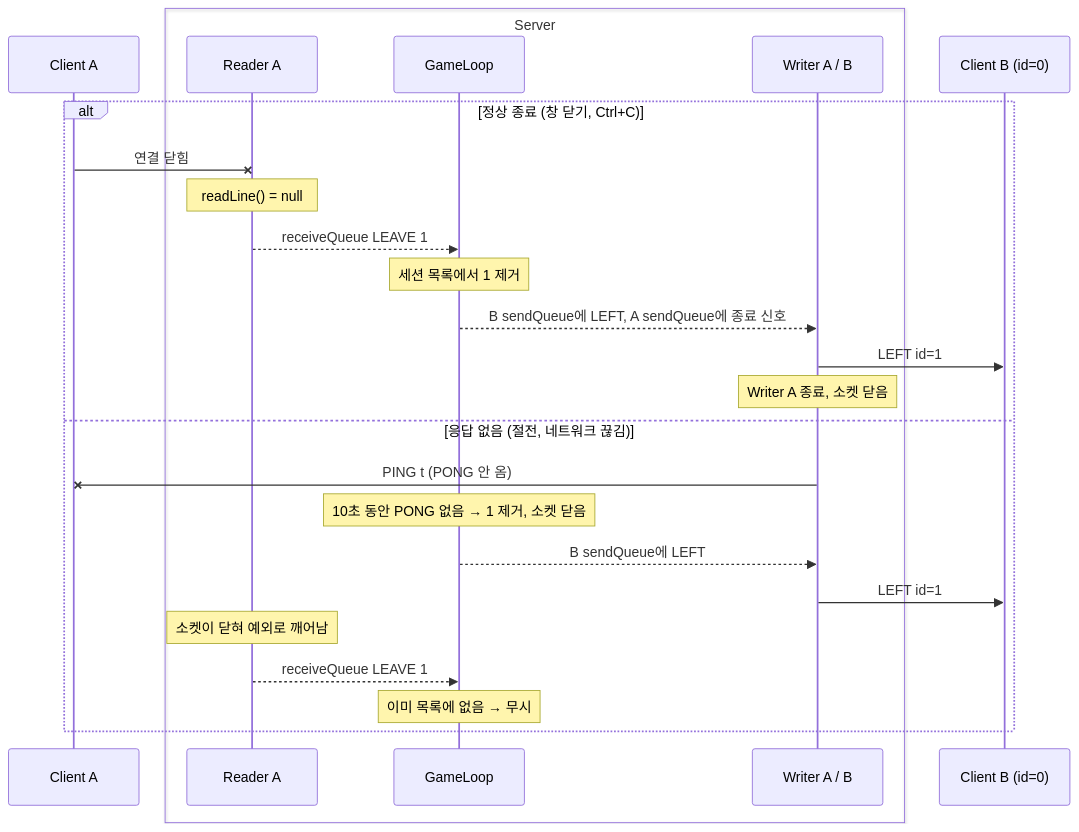
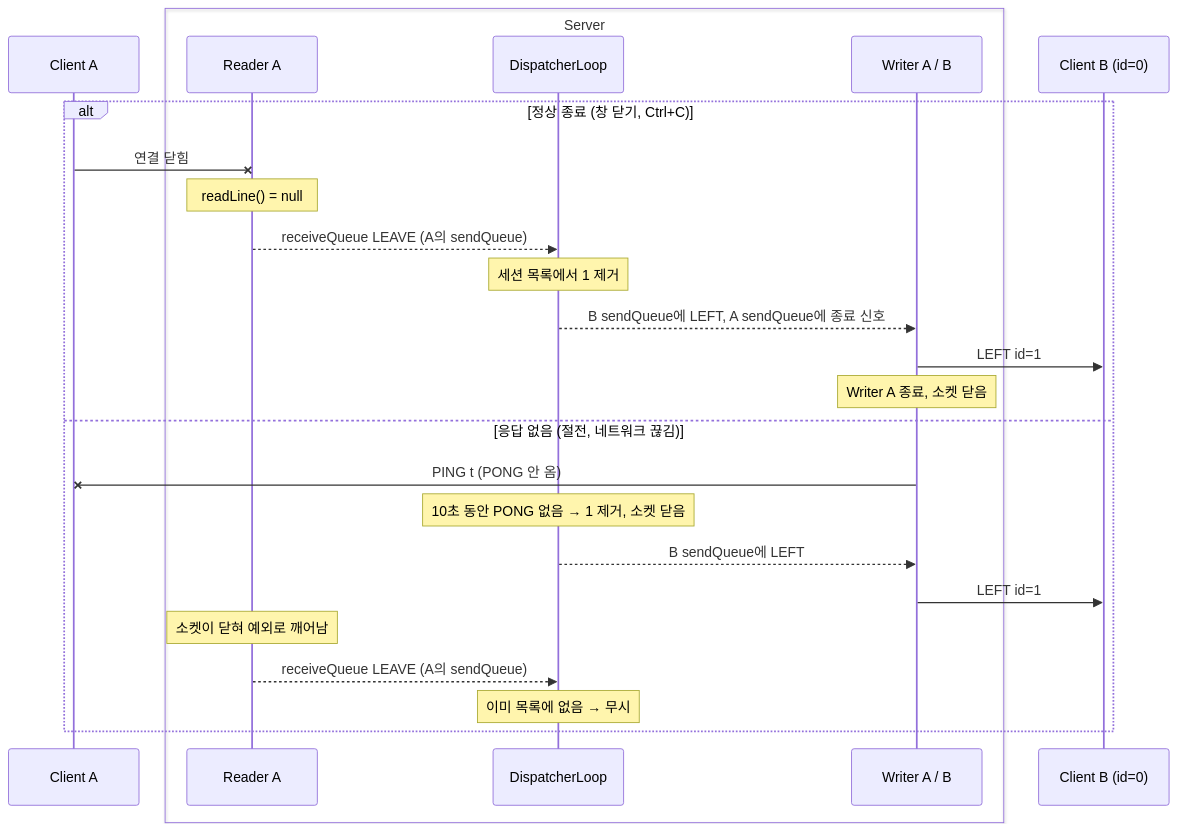
Before and after one commit to networkMinigame/minigame: the second of 2 diagrams in docs/thread-diagram/v1/protocol.md, drawn with Mermaid. The commit also changed other lines of this file and 14 other files, not shown here.

````diff
--- a/docs/thread-diagram/v1/protocol.md
+++ b/docs/thread-diagram/v1/protocol.md
@@ -49,28 +51,28 @@
 ```mermaid
 sequenceDiagram
     participant A as Client A
     box Server
         participant RA as Reader A
-        participant GL as GameLoop
+        participant GL as DispatcherLoop
         participant SQ as Writer A / B
     end
     participant B as Client B (id=0)
 
     alt 정상 종료 (창 닫기, Ctrl+C)
         A-xRA: 연결 닫힘
         Note over RA: readLine() = null
-        RA-->>GL: receiveQueue LEAVE 1
+        RA-->>GL: receiveQueue LEAVE (A의 sendQueue)
         Note over GL: 세션 목록에서 1 제거
         GL-->>SQ: B sendQueue에 LEFT, A sendQueue에 종료 신호
         SQ->>B: LEFT id=1
         Note over SQ: Writer A 종료, 소켓 닫음
     else 응답 없음 (절전, 네트워크 끊김)
         SQ-xA: PING t (PONG 안 옴)
         Note over GL: 10초 동안 PONG 없음 → 1 제거, 소켓 닫음
         GL-->>SQ: B sendQueue에 LEFT
         SQ->>B: LEFT id=1
         Note over RA: 소켓이 닫혀 예외로 깨어남
-        RA-->>GL: receiveQueue LEAVE 1
+        RA-->>GL: receiveQueue LEAVE (A의 sendQueue)
         Note over GL: 이미 목록에 없음 → 무시
     end
 ```
````
